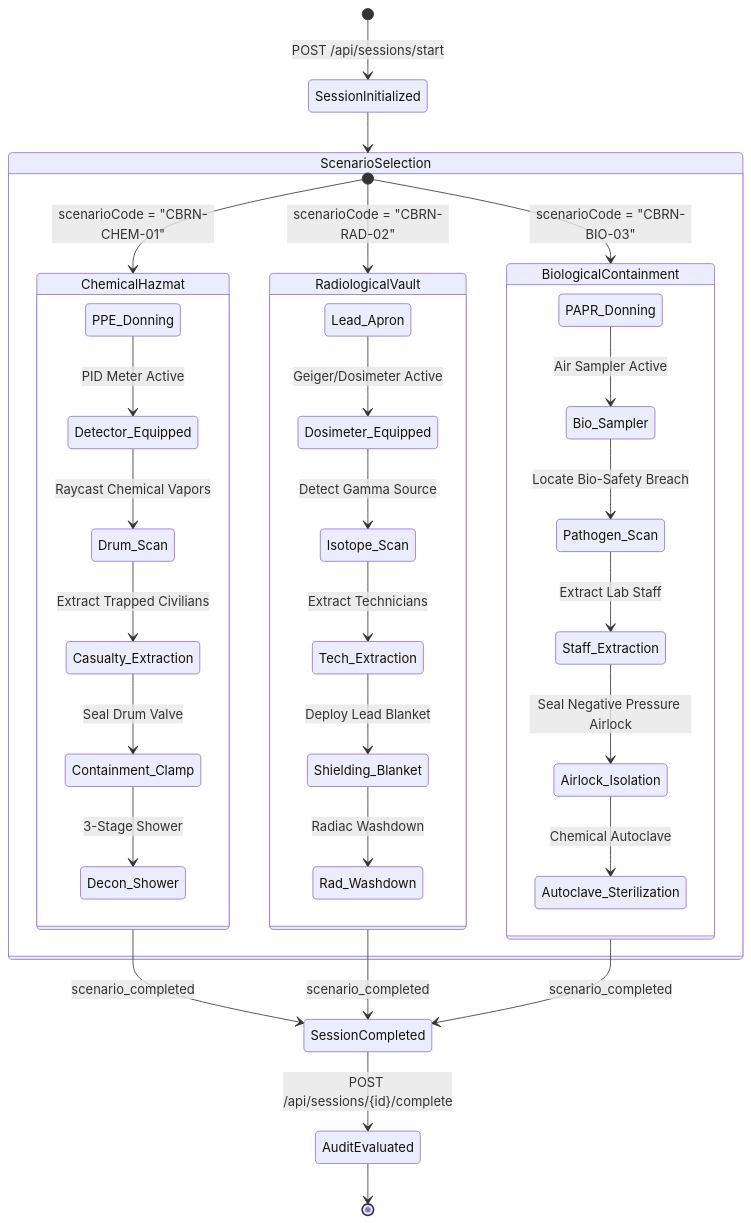
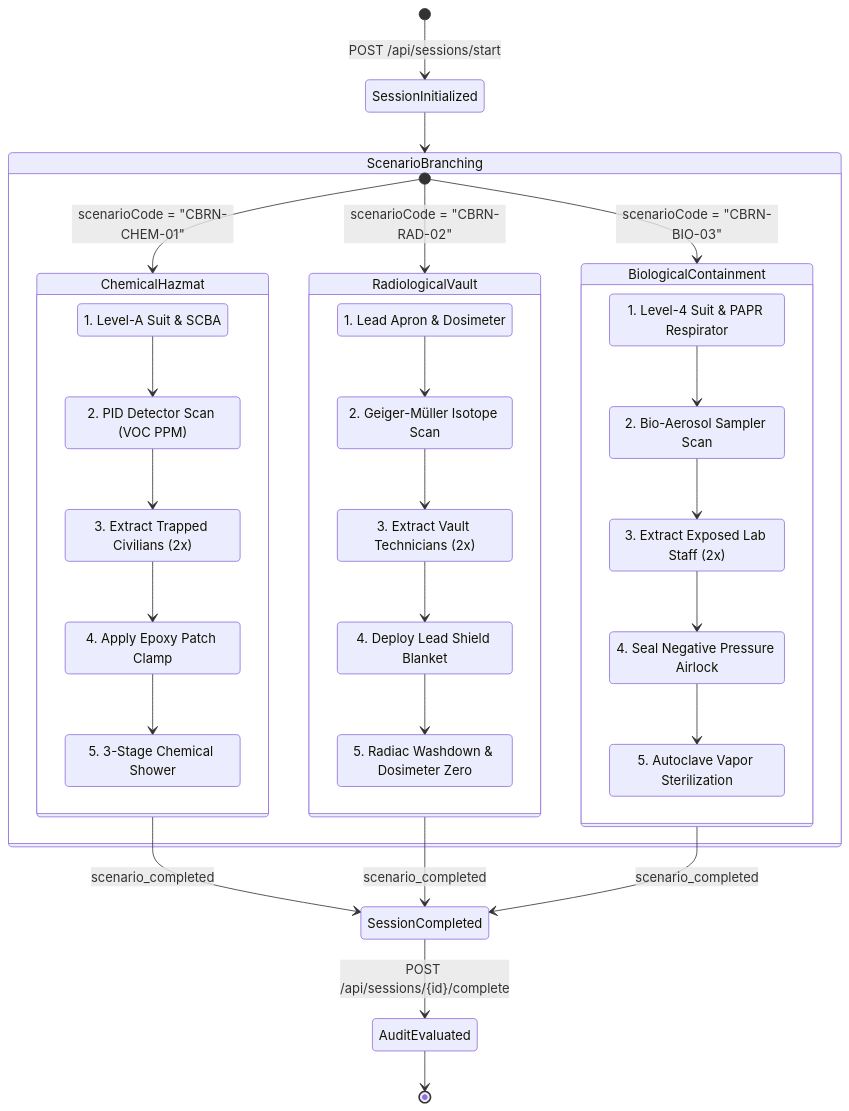
The fourth of 7 diagrams in README.md (Lohith-RC/CBRN-X), drawn with Mermaid before and after one commit. The commit also changed other lines of this file and 16 other files, not shown here.

Commit message:
establish system-wide data flow architecture and standardize JSON schemas for telemetry and mission evaluation contracts.

````diff
--- a/README.md
+++ b/README.md
@@ -193,43 +212,58 @@
 ```mermaid
 stateDiagram-v2
     [*] --> SessionInitialized : POST /api/sessions/start
 
-    state ScenarioSelection {
+    state ScenarioBranching {
         [*] --> ChemicalHazmat : scenarioCode = "CBRN-CHEM-01"
         [*] --> RadiologicalVault : scenarioCode = "CBRN-RAD-02"
         [*] --> BiologicalContainment : scenarioCode = "CBRN-BIO-03"
     }
 
-    SessionInitialized --> ScenarioSelection
+    SessionInitialized --> ScenarioBranching
 
     state ChemicalHazmat {
-        PPE_Donning --> Detector_Equipped : PID Meter Active
-        Detector_Equipped --> Drum_Scan : Raycast Chemical Vapors
-        Drum_Scan --> Casualty_Extraction : Extract Trapped Civilians
-        Casualty_Extraction --> Containment_Clamp : Seal Drum Valve
-        Containment_Clamp --> Decon_Shower : 3-Stage Shower
+        Chem_PPE : 1. Level-A Suit & SCBA
+        Chem_Detect : 2. PID Detector Scan (VOC PPM)
+        Chem_Rescue : 3. Extract Trapped Civilians (2x)
+        Chem_Contain : 4. Apply Epoxy Patch Clamp
+        Chem_Decon : 5. 3-Stage Chemical Shower
+
+        Chem_PPE --> Chem_Detect
+        Chem_Detect --> Chem_Rescue
+        Chem_Rescue --> Chem_Contain
+        Chem_Contain --> Chem_Decon
     }
 
     state RadiologicalVault {
-        Lead_Apron --> Dosimeter_Equipped : Geiger/Dosimeter Active
-        Dosimeter_Equipped --> Isotope_Scan : Detect Gamma Source
-        Isotope_Scan --> Tech_Extraction : Extract Technicians
-        Tech_Extraction --> Shielding_Blanket : Deploy Lead Blanket
-        Shielding_Blanket --> Rad_Washdown : Radiac Washdown
+        Rad_PPE : 1. Lead Apron & Dosimeter
+        Rad_Detect : 2. Geiger-Müller Isotope Scan
+        Rad_Rescue : 3. Extract Vault Technicians (2x)
+        Rad_Contain : 4. Deploy Lead Shield Blanket
+        Rad_Decon : 5. Radiac Washdown & Dosimeter Zero
+
+        Rad_PPE --> Rad_Detect
+        Rad_Detect --> Rad_Rescue
+        Rad_Rescue --> Rad_Contain
+        Rad_Contain --> Rad_Decon
     }
 
     state BiologicalContainment {
-        PAPR_Donning --> Bio_Sampler : Air Sampler Active
-        Bio_Sampler --> Pathogen_Scan : Locate Bio-Safety Breach
-        Pathogen_Scan --> Staff_Extraction : Extract Lab Staff
-        Staff_Extraction --> Airlock_Isolation : Seal Negative Pressure Airlock
-        Airlock_Isolation --> Autoclave_Sterilization : Chemical Autoclave
+        Bio_PPE : 1. Level-4 Suit & PAPR Respirator
+        Bio_Detect : 2. Bio-Aerosol Sampler Scan
+        Bio_Rescue : 3. Extract Exposed Lab Staff (2x)
+        Bio_Contain : 4. Seal Negative Pressure Airlock
+        Bio_Decon : 5. Autoclave Vapor Sterilization
+
+        Bio_PPE --> Bio_Detect
+        Bio_Detect --> Bio_Rescue
+        Bio_Rescue --> Bio_Contain
+        Bio_Contain --> Bio_Decon
     }
 
     ChemicalHazmat --> SessionCompleted : scenario_completed
     RadiologicalVault --> SessionCompleted : scenario_completed
     BiologicalContainment --> SessionCompleted : scenario_completed
 
     SessionCompleted --> AuditEvaluated : POST /api/sessions/{id}/complete
     AuditEvaluated --> [*]
 ```
````
